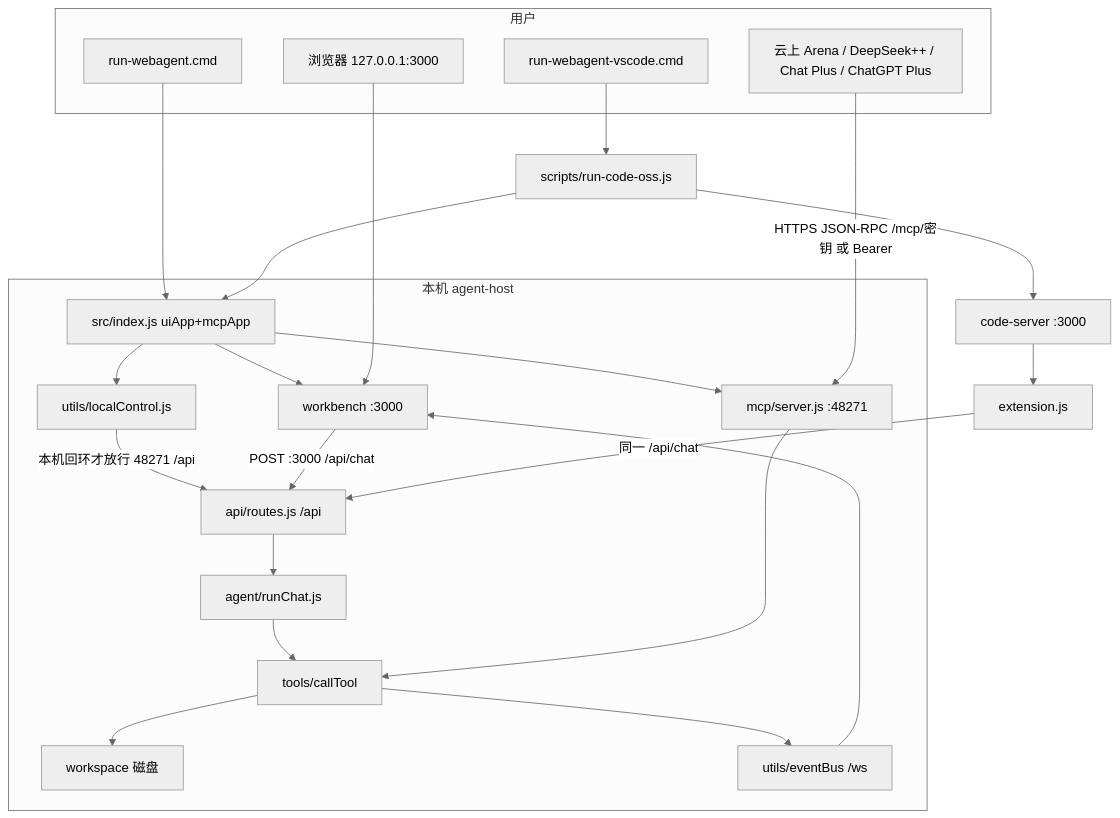
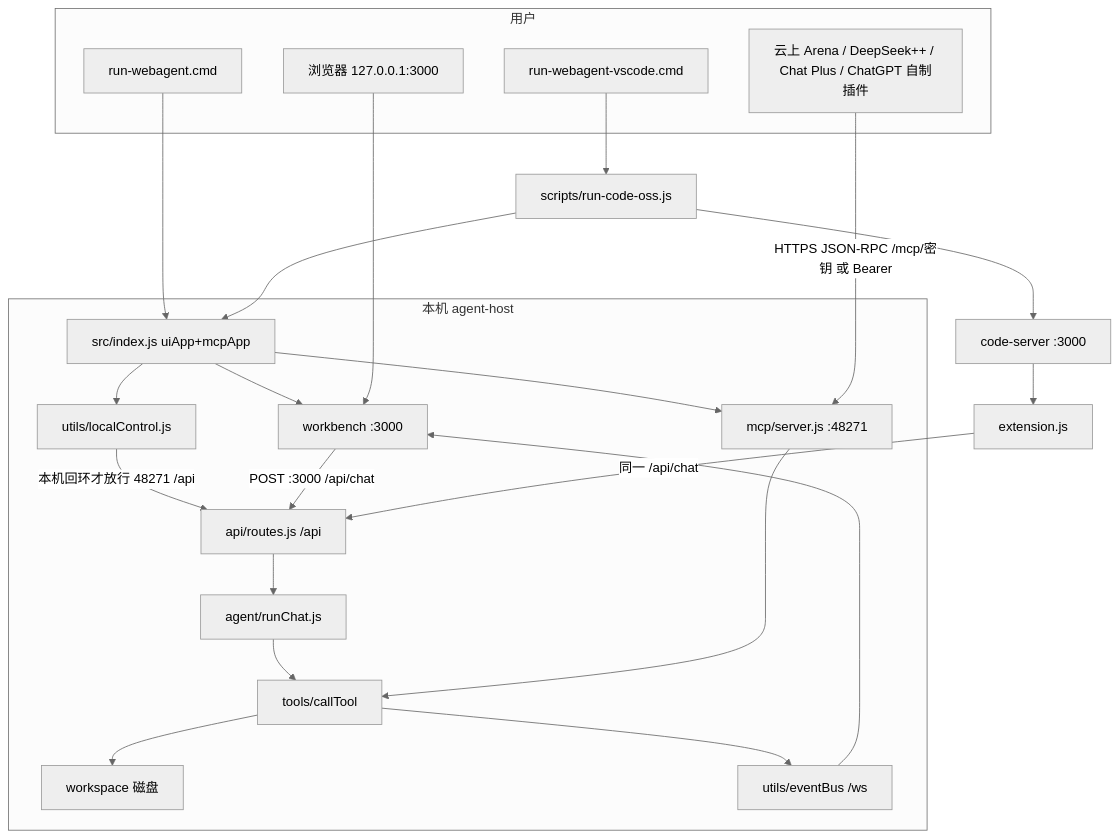
One commit to cccjvav/web_agent changed the diagram in 总览.md. Above: the diagram before and after it, drawn with Mermaid (neutral theme). The commit also changed other lines of this file and 20 other files, not shown here.

First line of the commit message:
Document ChatGPT homemade MCP plugins; chat-bar paste never connects.

````diff
--- a/总览.md
+++ b/总览.md
@@ -106,41 +106,41 @@
 ```mermaid
 flowchart TB
   subgraph user [用户]
     CMD[run-webagent.cmd]
     Browser[浏览器 127.0.0.1:3000]
-    WebAI[云上 Arena / DeepSeek++ / Chat Plus / ChatGPT Plus]
+    WebAI[云上 Arena / DeepSeek++ / Chat Plus / ChatGPT 自制插件]
     VscCmd[run-webagent-vscode.cmd]
   end
 
   subgraph host [本机 agent-host]
     Index[src/index.js uiApp+mcpApp]
     UI[workbench :3000]
     MCP[mcp/server.js :48271]
     Gate[utils/localControl.js]
     API[api/routes.js /api]
     Chat[agent/runChat.js]
     Tools[tools/callTool]
     Disk[workspace 磁盘]
     WS[utils/eventBus /ws]
   end
 
   CMD --> Index
   Index --> UI
   Index --> MCP
   Index --> Gate
   Gate -->|本机回环才放行 48271 /api| API
   Browser --> UI
   UI -->|POST :3000 /api/chat| API
   API --> Chat
   Chat --> Tools
   WebAI -->|HTTPS JSON-RPC /mcp/密钥 或 Bearer| MCP
   MCP --> Tools
   Tools --> Disk
   Tools --> WS
   WS --> UI
   VscCmd --> Scripts[scripts/run-code-oss.js]
   Scripts --> Index
   Scripts --> CS[code-server :3000]
   CS --> Ext[extension.js]
   Ext -->|同一 /api/chat| API
 ```
````
